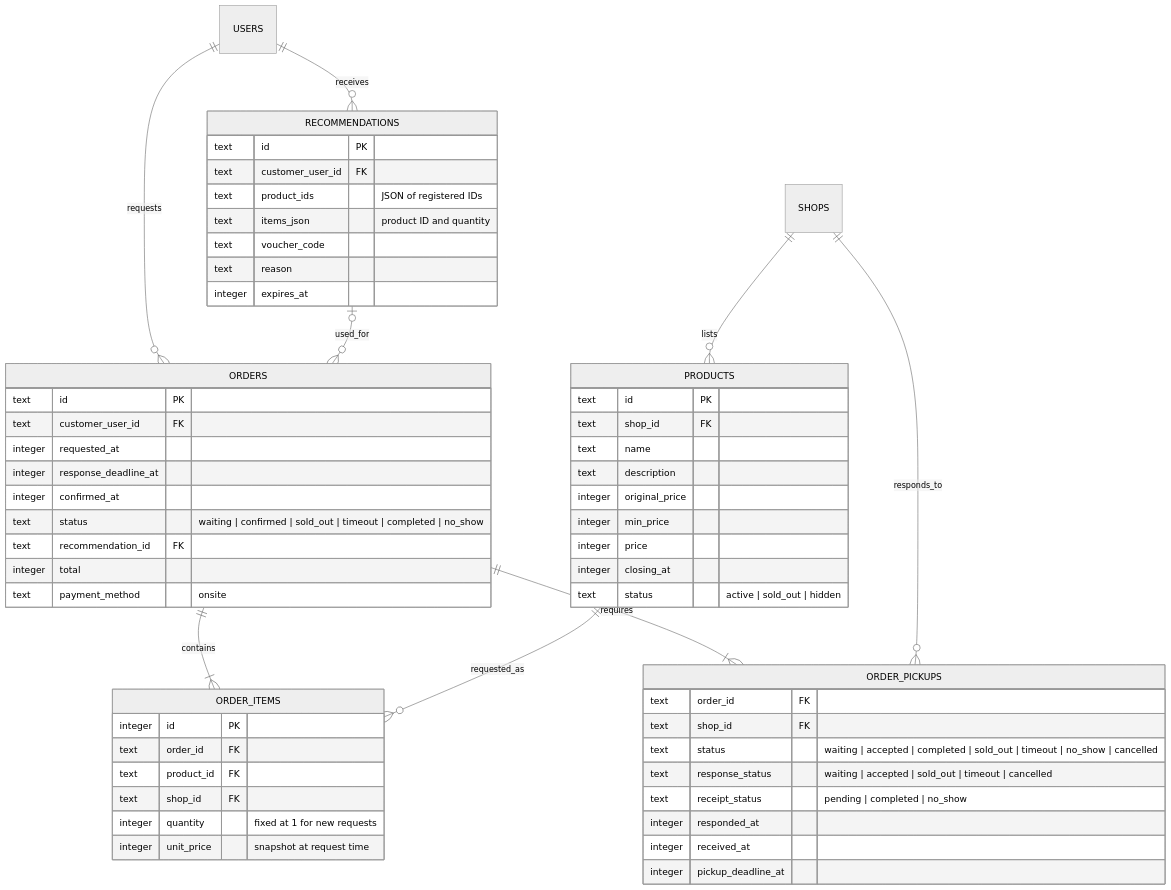
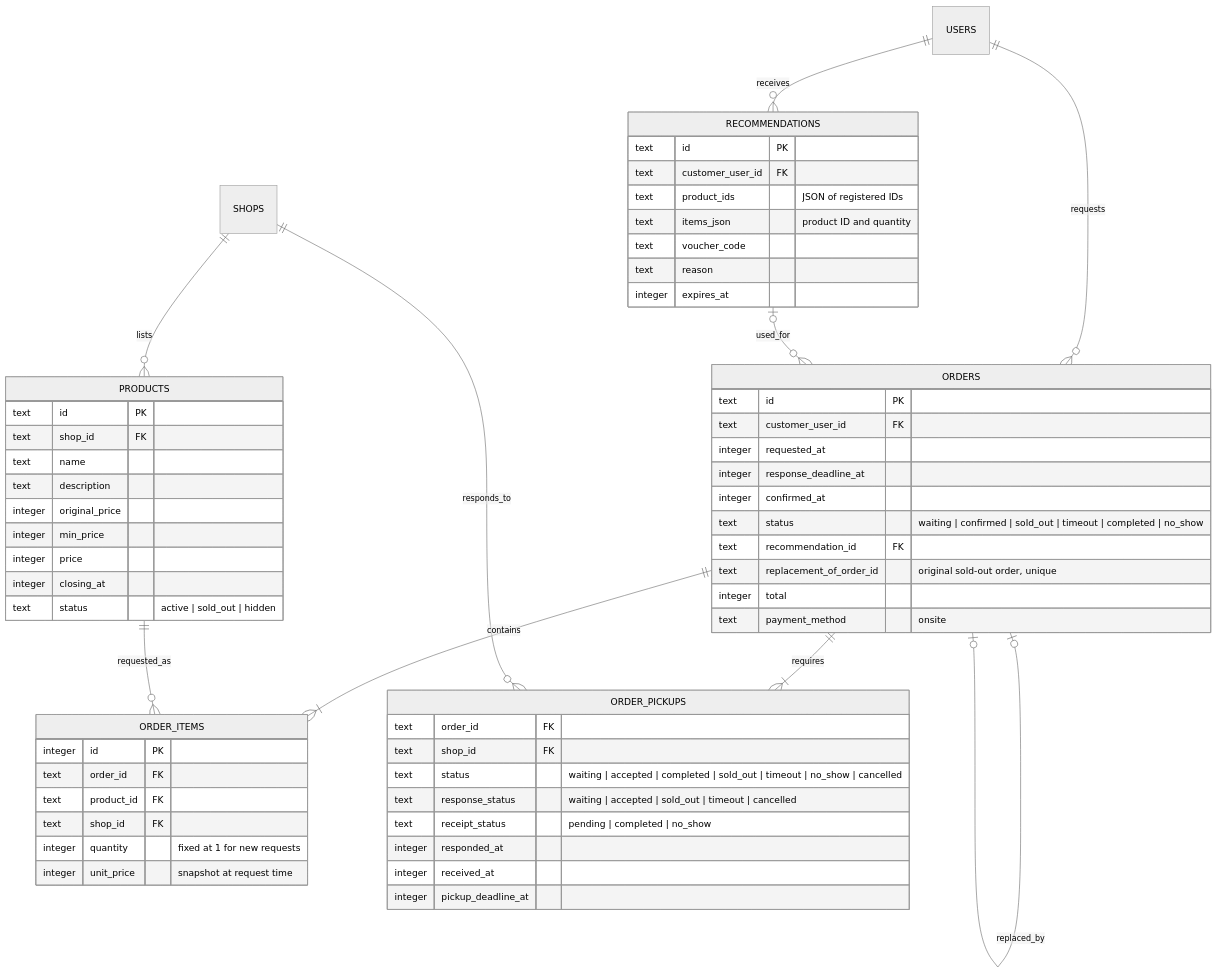
Before and after one commit to zkfmxkszkfmxkszkfmxks-cmd/8pm: the diagram in ERD.md, drawn with Mermaid (neutral theme). The commit also changed other lines of this file and 10 other files, not shown here.

````diff
--- a/ERD.md
+++ b/ERD.md
@@ -3,61 +3,63 @@
 ```mermaid
 erDiagram
     USERS ||--o{ ORDERS : requests
     USERS ||--o{ RECOMMENDATIONS : receives
     SHOPS ||--o{ PRODUCTS : lists
     ORDERS ||--|{ ORDER_ITEMS : contains
     PRODUCTS ||--o{ ORDER_ITEMS : requested_as
     ORDERS ||--|{ ORDER_PICKUPS : requires
     SHOPS ||--o{ ORDER_PICKUPS : responds_to
     RECOMMENDATIONS o|--o{ ORDERS : used_for
+    ORDERS o|--o| ORDERS : replaced_by
 
     PRODUCTS {
       text id PK
       text shop_id FK
       text name
       text description
       integer original_price
       integer min_price
       integer price
       integer closing_at
       text status "active | sold_out | hidden"
     }
     RECOMMENDATIONS {
       text id PK
       text customer_user_id FK
       text product_ids "JSON of registered IDs"
       text items_json "product ID and quantity"
       text voucher_code
       text reason
       integer expires_at
     }
     ORDERS {
       text id PK
       text customer_user_id FK
       integer requested_at
       integer response_deadline_at
       integer confirmed_at
       text status "waiting | confirmed | sold_out | timeout | completed | no_show"
       text recommendation_id FK
+      text replacement_of_order_id "original sold-out order, unique"
       integer total
       text payment_method "onsite"
     }
     ORDER_ITEMS {
       integer id PK
       text order_id FK
       text product_id FK
       text shop_id FK
       integer quantity "fixed at 1 for new requests"
       integer unit_price "snapshot at request time"
     }
     ORDER_PICKUPS {
       text order_id FK
       text shop_id FK
       text status "waiting | accepted | completed | sold_out | timeout | no_show | cancelled"
       text response_status "waiting | accepted | sold_out | timeout | cancelled"
       text receipt_status "pending | completed | no_show"
       integer responded_at
       integer received_at
       integer pickup_deadline_at
     }
 ```
````
